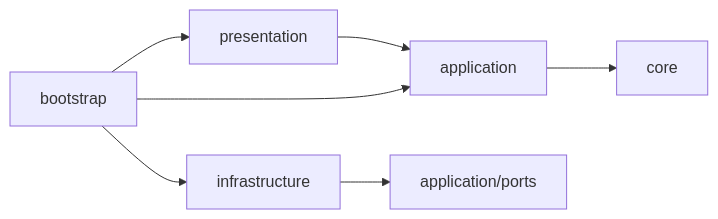
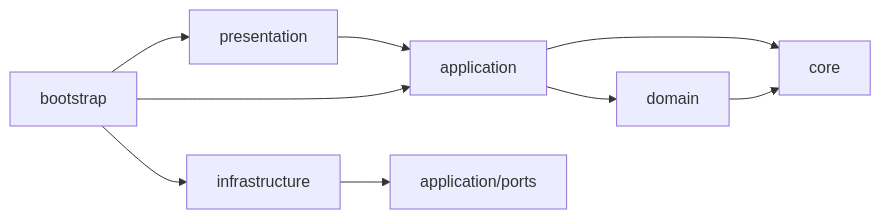
Before and after one commit to ikki0006/ai-family-assistant: the diagram in docs/architecture.md, drawn with Mermaid. The commit also changed other lines of this file and 34 other files, not shown here.

````diff
--- a/docs/architecture.md
+++ b/docs/architecture.md
@@ -42,9 +44,11 @@
 ```mermaid
 flowchart LR
   P[presentation] --> A[application]
   I[infrastructure] --> Ports[application/ports]
   A --> C[core]
+  A --> D[domain]
+  D --> C
   B[bootstrap] --> P
   B --> A
   B --> I
 ```
````
